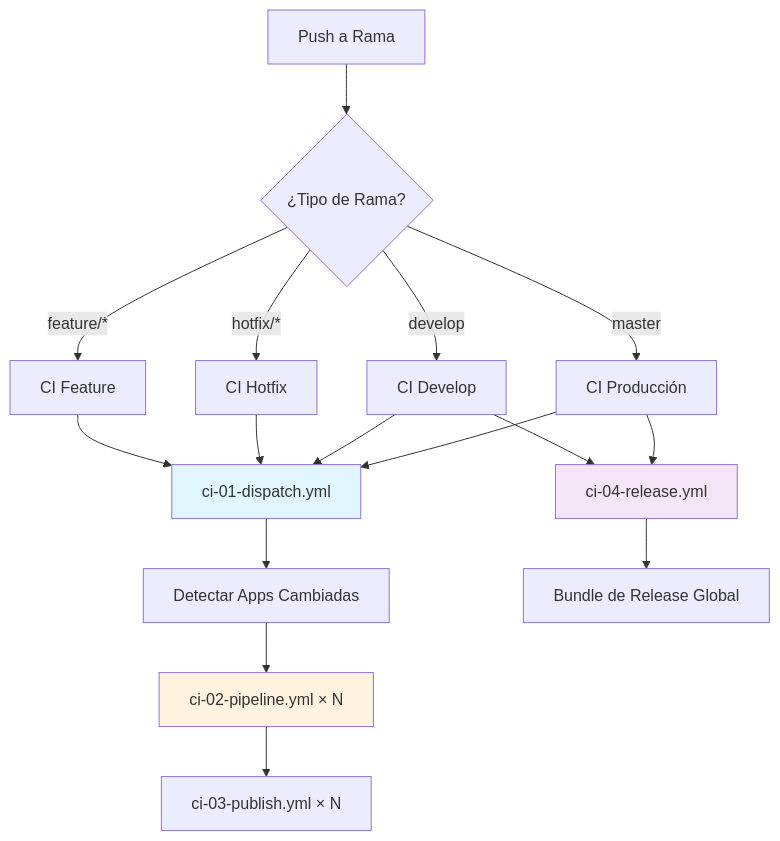
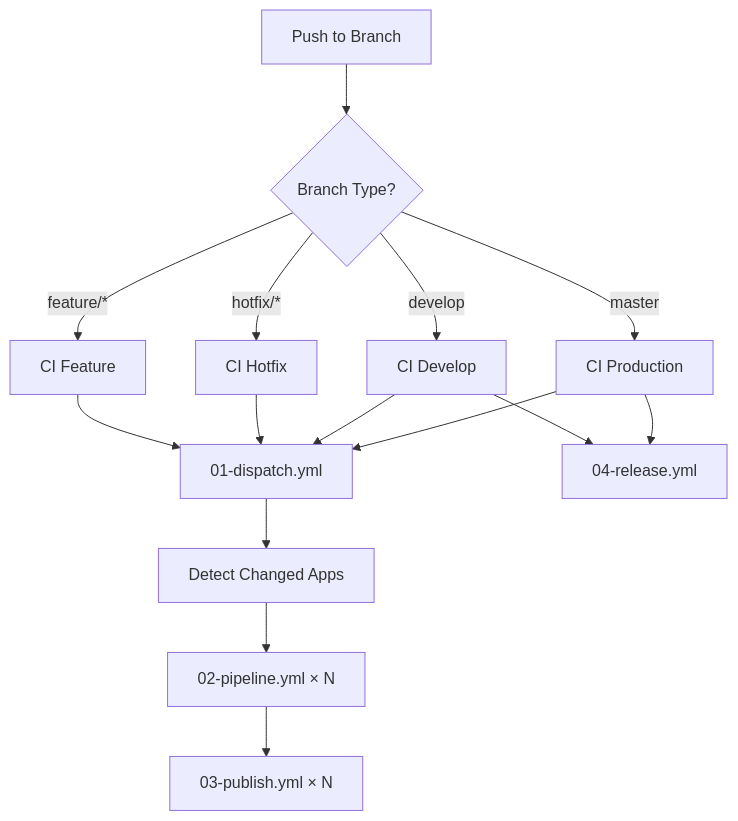
One commit to mlorentedev/kubelab changed the diagram in docs/CI-CD.md. Above: the diagram before and after it, drawn with Mermaid. The commit also changed other lines of this file and 19 other files, not shown here.

````diff
--- a/docs/CI-CD.md
+++ b/docs/CI-CD.md
@@ -9,27 +17,21 @@
 ```mermaid
 graph TD
-    A[Push a Rama] --> B{¿Tipo de Rama?}
+    A[Push to Branch] --> B{Branch Type?}
     
     B -->|feature/*| C[CI Feature]
     B -->|hotfix/*| D[CI Hotfix]  
     B -->|develop| E[CI Develop]
-    B -->|master| F[CI Producción]
+    B -->|master| F[CI Production]
     
-    C --> G[ci-01-dispatch.yml]
+    C --> G[01-dispatch.yml]
     D --> G
     E --> G  
     F --> G
     
-    G --> H[Detectar Apps Cambiadas]
-    H --> I[ci-02-pipeline.yml × N]
-    I --> J[ci-03-publish.yml × N]
+    G --> H[Detect Changed Apps]
+    H --> I[02-pipeline.yml × N]
+    I --> J[03-publish.yml × N]
     
-    E --> K[ci-04-release.yml]
+    E --> K[04-release.yml]
     F --> K
-    
-    K --> L[Bundle de Release Global]
-    
-    style G fill:#e1f5fe
-    style I fill:#fff3e0  
-    style K fill:#f3e5f5
 ```
````
